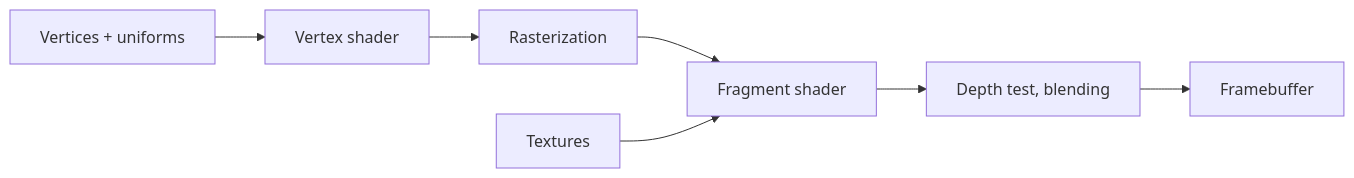
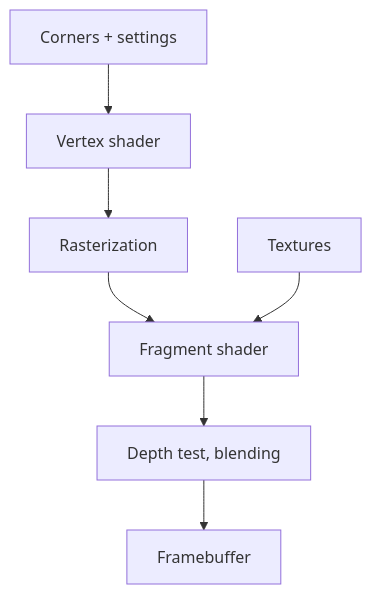
The second of 3 diagrams in kern/docs/book-yellow/B-rendering.md (ChristianHohlfeld/kernengine.de), drawn with Mermaid before and after one commit. The commit also changed other lines of this file and 22 other files, not shown here.

````diff
--- a/kern/docs/book-yellow/B-rendering.md
+++ b/kern/docs/book-yellow/B-rendering.md
@@ -159,9 +274,10 @@
 ```mermaid
-flowchart LR
-  A["Vertices + uniforms"] --> VS["Vertex shader"]
+%% Caption: The GPU assembly line: from corners to image
+flowchart TB
+  A["Corners + settings"] --> VS["Vertex shader"]
   VS --> R["Rasterization"]
   R --> FS["Fragment shader"]
   T["Textures"] --> FS
   FS --> D["Depth test, blending"]
   D --> FB["Framebuffer"]
 ```
````
